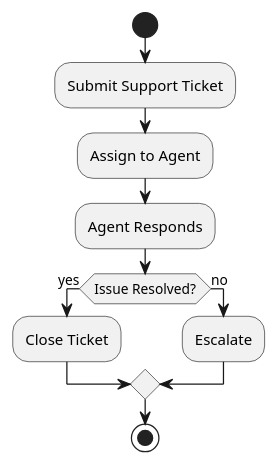
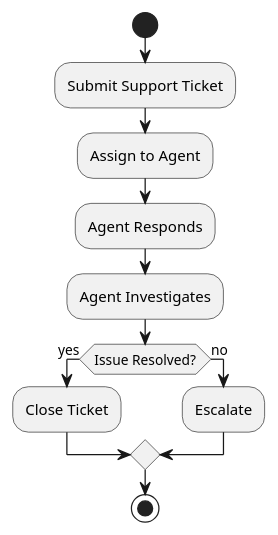
One commit to alladin7000/alladin7000.github.io changed the diagram in diagrams/ac.puml. Above: the diagram before and after it, drawn with PlantUML. The commit also changed 1 other file, not shown here.

```diff
--- a/diagrams/ac.puml
+++ b/diagrams/ac.puml
@@ -1,12 +1,13 @@
 @startuml
 start
 :Submit Support Ticket;
 :Assign to Agent;
 :Agent Responds;
+:Agent Investigates;
 if (Issue Resolved?) then (yes)
   :Close Ticket;
 else (no)
   :Escalate;
 endif
 stop
 @enduml
```
